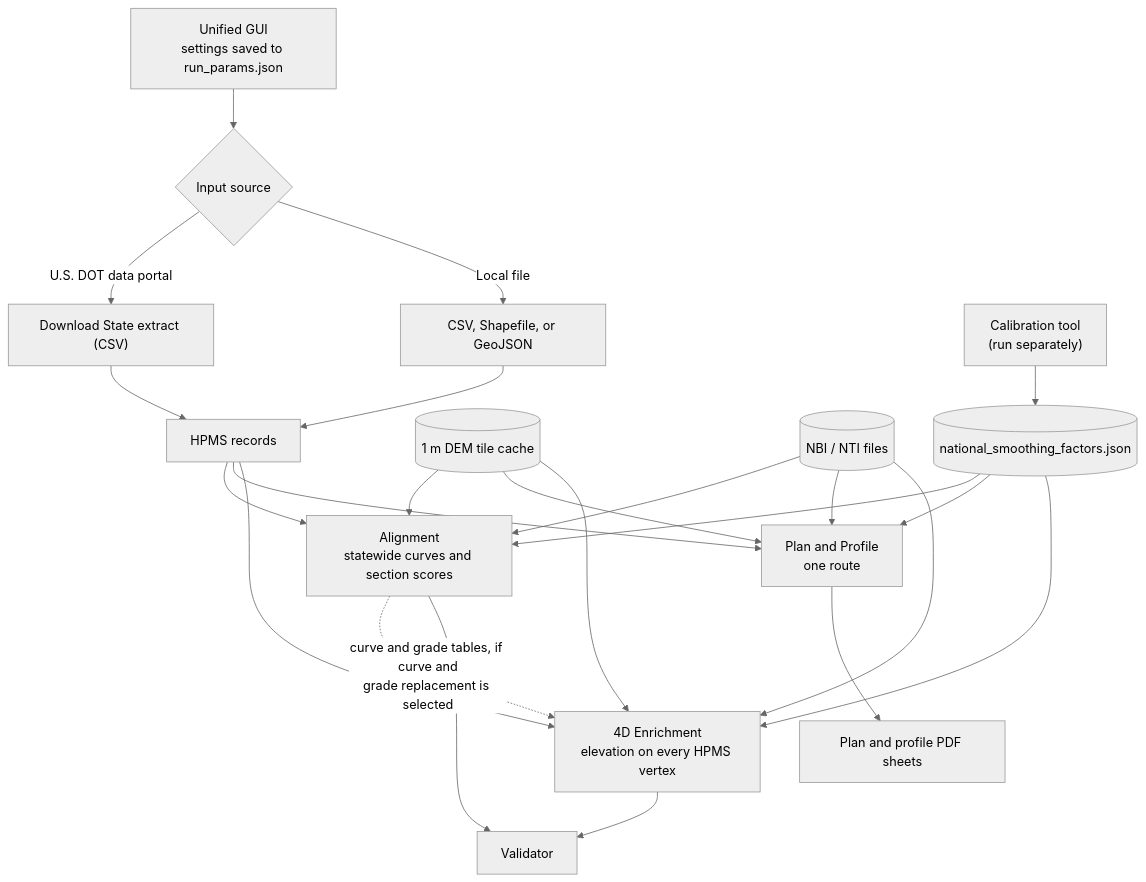
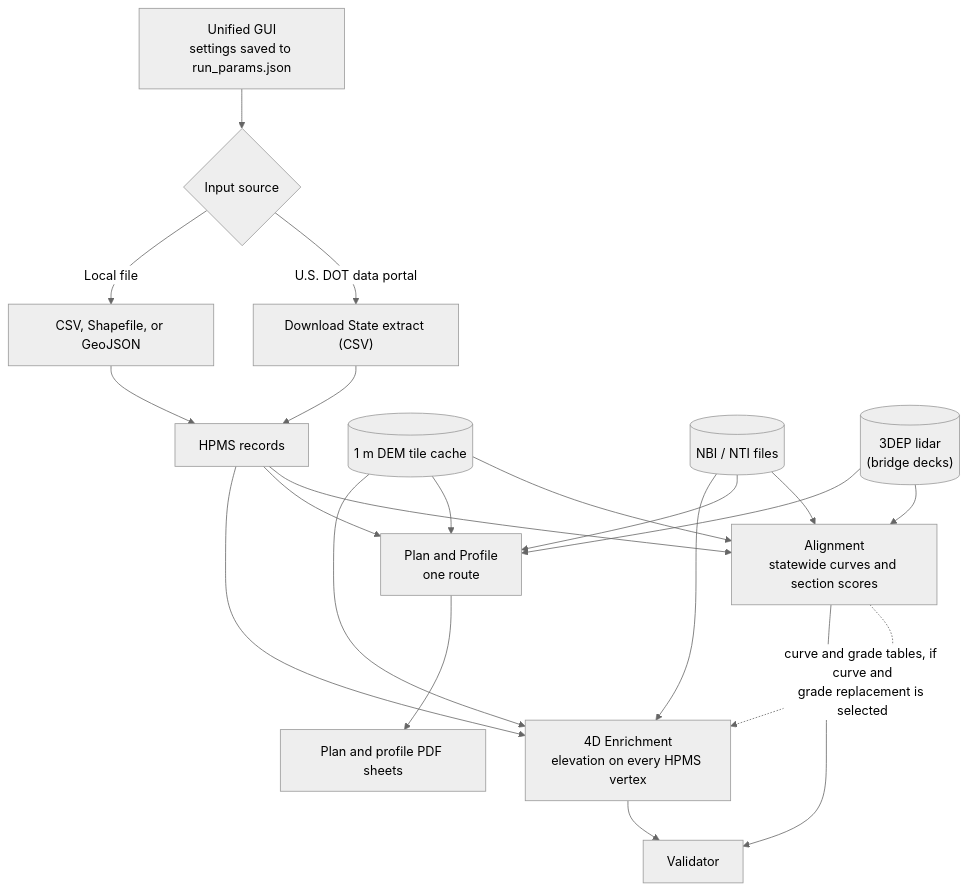
Before and after one commit to FHWA/HPMS: the diagram in RAT_Suite_v3.3/docs/RAT_Suite_v3_3_Technical_Manual.md, drawn with Mermaid (neutral theme). The commit also changed other lines of this file and 1 other file, not shown here.

````diff
--- a/RAT_Suite_v3.3/docs/RAT_Suite_v3_3_Technical_Manual.md
+++ b/RAT_Suite_v3.3/docs/RAT_Suite_v3_3_Technical_Manual.md
@@ -410,25 +406,23 @@
 ```mermaid
 flowchart TD
     GUI["Unified GUI<br/>settings saved to run_params.json"] --> SRC{"Input source"}
     SRC -->|"U.S. DOT data portal"| DL["Download State extract (CSV)"]
     SRC -->|"Local file"| LF["CSV, Shapefile, or GeoJSON"]
     DL --> IN["HPMS records"]
     LF --> IN
     IN --> AL["Alignment<br/>statewide curves and section scores"]
     IN --> PP["Plan and Profile<br/>one route"]
     PP --> PDF["Plan and profile PDF sheets"]
     IN --> E4["4D Enrichment<br/>elevation on every HPMS vertex"]
     AL -. "curve and grade tables, if curve and<br/>grade replacement is selected" .-> E4
     AL --> VAL["Validator"]
     E4 --> VAL
     DEM[("1 m DEM tile cache")] --> AL
     DEM --> PP
     DEM --> E4
     NBI[("NBI / NTI files")] --> AL
     NBI --> PP
     NBI --> E4
-    CAL["Calibration tool<br/>(run separately)"] --> NSF[("national_smoothing_factors.json")]
-    NSF --> AL
-    NSF --> PP
-    NSF --> E4
+    LID[("3DEP lidar<br/>(bridge decks)")] --> AL
+    LID --> PP
 ```
````
